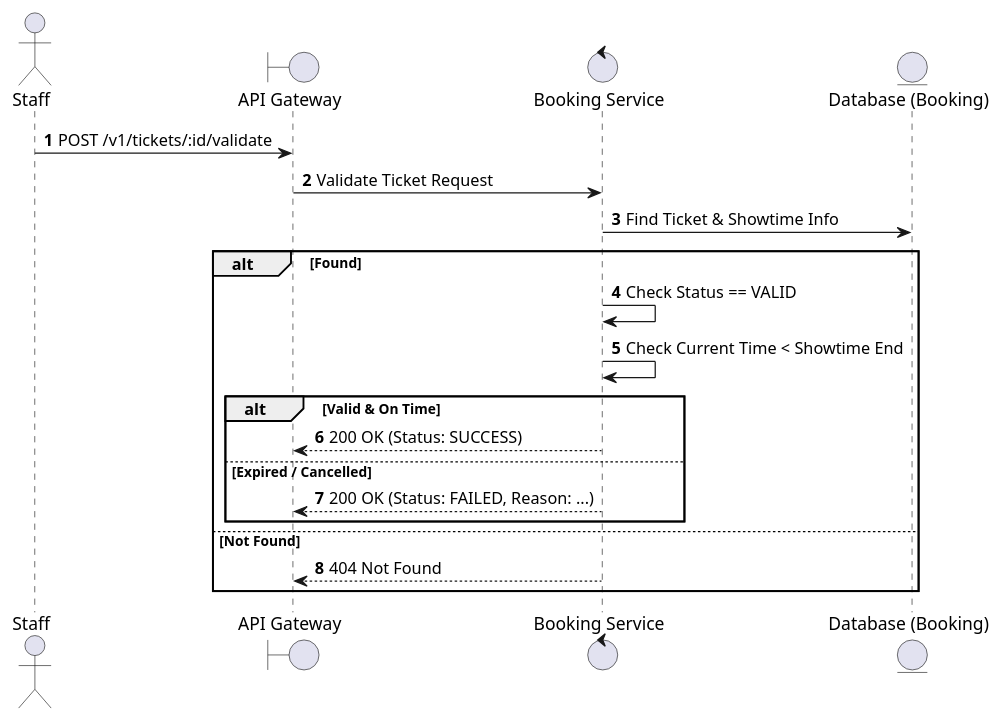
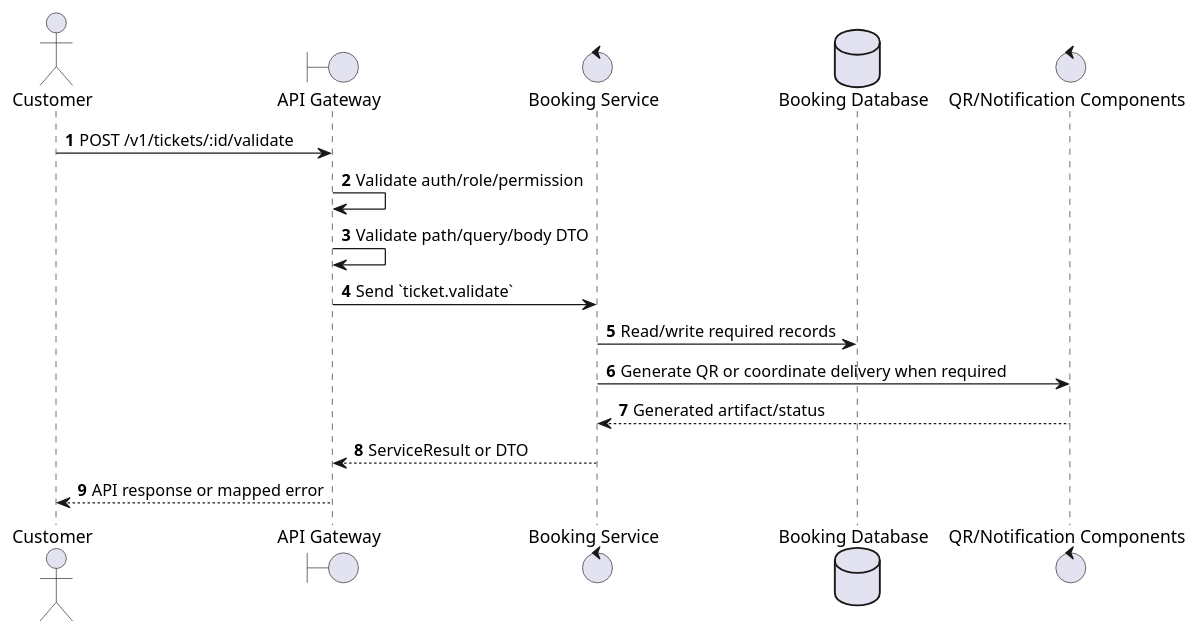
Before and after one commit to Tanh1603/movie-hub-architecture: the first of 2 diagrams in docs/functional_specs/3.7_Ticket_Management_Module/TK-03_Validate_Ticket.md, drawn with PlantUML. The commit also changed other lines of this file and 126 other files, not shown here.

````diff
--- a/docs/functional_specs/3.7_Ticket_Management_Module/TK-03_Validate_Ticket.md
+++ b/docs/functional_specs/3.7_Ticket_Management_Module/TK-03_Validate_Ticket.md
@@ -17,24 +17,20 @@
 ```plantuml
 @startuml
 autonumber
-actor Staff
+actor "Customer" as Actor
 boundary "API Gateway" as GW
-control "Booking Service" as BS
-entity "Database (Booking)" as DB
+control "Booking Service" as SVC
+database "Booking Database" as DB
+control "QR/Notification Components" as EXT
 
-Staff -> GW: POST /v1/tickets/:id/validate
-GW -> BS: Validate Ticket Request
-BS -> DB: Find Ticket & Showtime Info
-alt Found
-    BS -> BS: Check Status == VALID
-    BS -> BS: Check Current Time < Showtime End
-    alt Valid & On Time
-        BS --> GW: 200 OK (Status: SUCCESS)
-    else Expired / Cancelled
-        BS --> GW: 200 OK (Status: FAILED, Reason: ...)
-    end
-else Not Found
-    BS --> GW: 404 Not Found
-end
+Actor -> GW: POST /v1/tickets/:id/validate
+GW -> GW: Validate auth/role/permission
+GW -> GW: Validate path/query/body DTO
+GW -> SVC: Send `ticket.validate`
+SVC -> DB: Read/write required records
+SVC -> EXT: Generate QR or coordinate delivery when required
+EXT --> SVC: Generated artifact/status
+SVC --> GW: ServiceResult or DTO
+GW --> Actor: API response or mapped error
 @enduml
 ```
````
